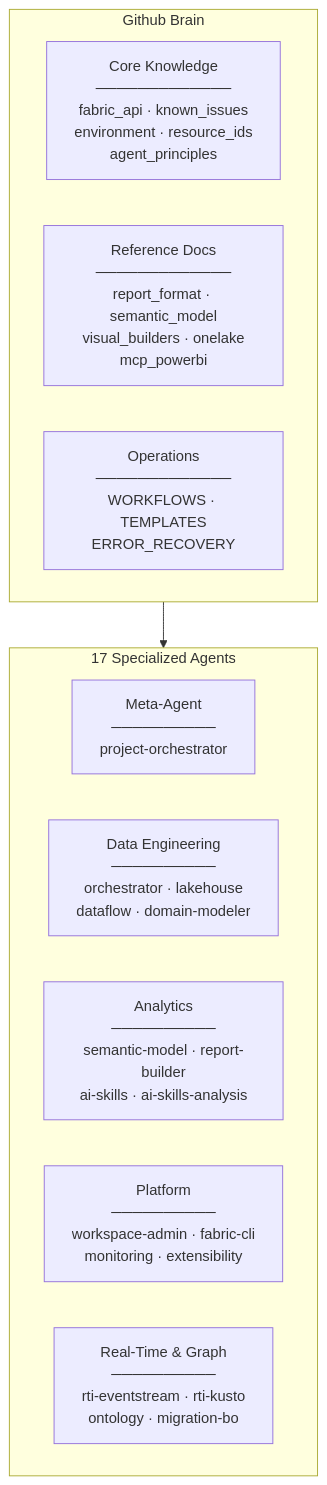
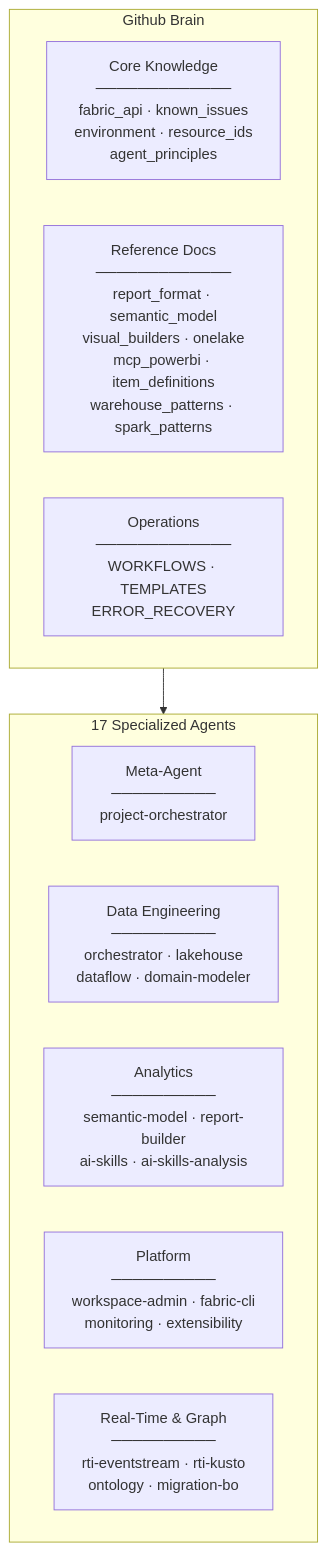
The diagram in README.md (Statyx/Github_Brain), drawn with Mermaid before and after one commit. The commit also changed other lines of this file and 9 other files, not shown here.

````diff
--- a/README.md
+++ b/README.md
@@ -28,19 +28,19 @@
 ```mermaid
 graph TB
     subgraph Brain["Github Brain"]
         Core["Core Knowledge<br/>─────────────<br/>fabric_api · known_issues<br/>environment · resource_ids<br/>agent_principles"]
-        Ref["Reference Docs<br/>─────────────<br/>report_format · semantic_model<br/>visual_builders · onelake<br/>mcp_powerbi"]
+        Ref["Reference Docs<br/>─────────────<br/>report_format · semantic_model<br/>visual_builders · onelake<br/>mcp_powerbi · item_definitions<br/>warehouse_patterns · spark_patterns"]
         Ops["Operations<br/>─────────────<br/>WORKFLOWS · TEMPLATES<br/>ERROR_RECOVERY"]
     end
 
     subgraph Agents["17 Specialized Agents"]
         direction LR
         Meta["Meta-Agent<br/>──────────<br/>project-orchestrator"]
         DataEng["Data Engineering<br/>──────────<br/>orchestrator · lakehouse<br/>dataflow · domain-modeler"]
         Analytics["Analytics<br/>──────────<br/>semantic-model · report-builder<br/>ai-skills · ai-skills-analysis"]
         Platform["Platform<br/>──────────<br/>workspace-admin · fabric-cli<br/>monitoring · extensibility"]
         RTI["Real-Time & Graph<br/>──────────<br/>rti-eventstream · rti-kusto<br/>ontology · migration-bo"]
     end
 
     Brain --> Agents
 ```
````
